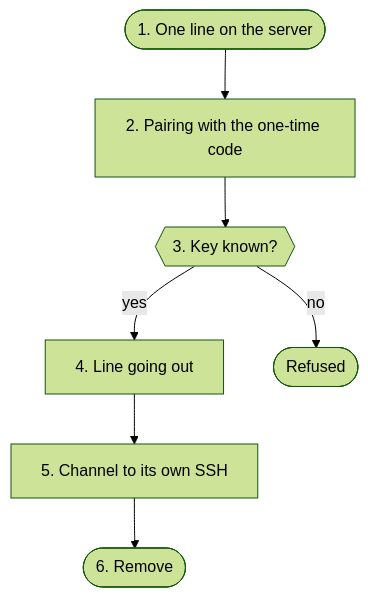
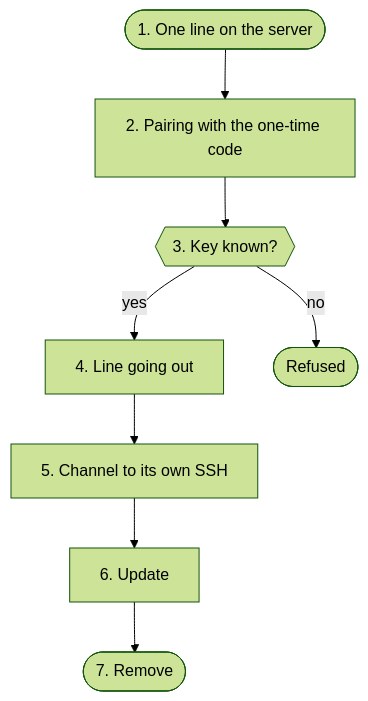
Diagram 30 of 31 in docs/en/architecture.md (db9979/speech-on-dgx-spark), drawn with Mermaid (forest theme) before and after one commit. The commit also changed other lines of this file and 27 other files, not shown here.

````diff
--- a/docs/en/architecture.md
+++ b/docs/en/architecture.md
@@ -3950,16 +3952,18 @@
 ```mermaid
 flowchart TD
   s1(["1. One line on the server"])
   s2["2. Pairing with the one-time code"]
   s3{{"3. Key known?"}}
   s4["4. Line going out"]
   s5["5. Channel to its own SSH"]
-  s6(["6. Remove"])
+  s7["6. Update"]
+  s6(["7. Remove"])
   s1 --> s2
   s2 --> s3
   s3 -->|yes| s4
   s4 --> s5
-  s5 --> s6
+  s5 --> s7
+  s7 --> s6
   s3x(["Refused"])
   s3 -->|no| s3x
 ```
````
